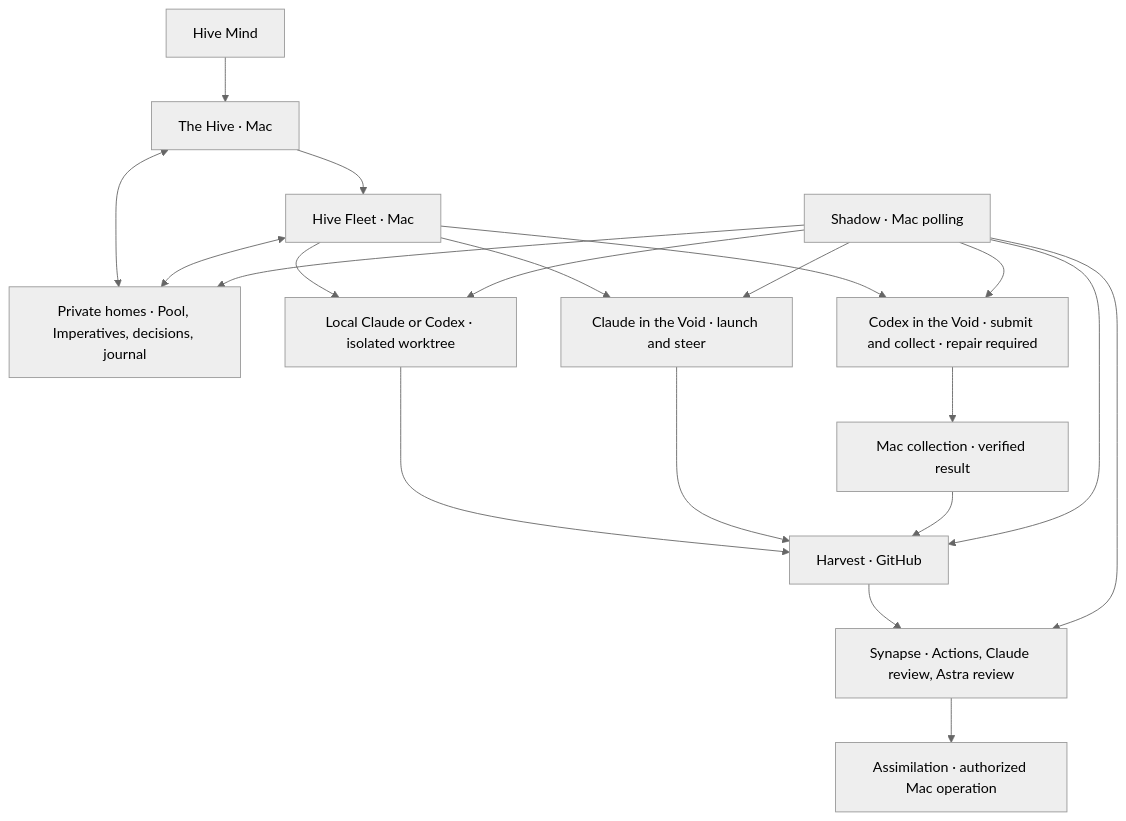
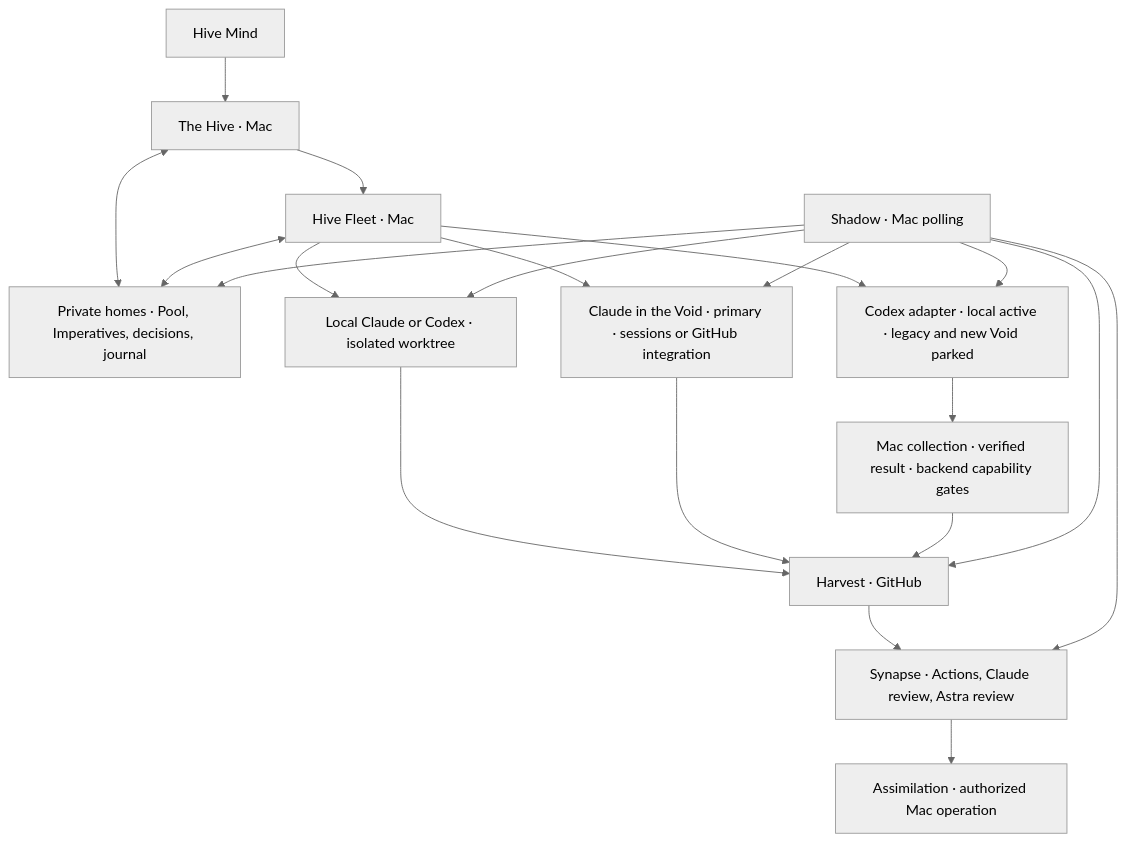
Before and after one commit to kesk-git/hive: the diagram in docs/design.md, drawn with Mermaid (neutral theme). The commit also changed other lines of this file, not shown here.

Commit message:
docs: qualify cloud backends after Codex model probe

````diff
--- a/docs/design.md
+++ b/docs/design.md
@@ -32,22 +34,22 @@
 ```mermaid
 flowchart TD
     Mind[Hive Mind] --> Hive[The Hive · Mac]
     Hive --> Fleet[Hive Fleet · Mac]
     Hive <--> Private[Private homes · Pool, Imperatives, decisions, journal]
     Fleet <--> Private
     Fleet --> Local[Local Claude or Codex · isolated worktree]
-    Fleet --> Claude[Claude in the Void · launch and steer]
-    Fleet --> Codex[Codex in the Void · submit and collect · repair required]
+    Fleet --> Claude[Claude in the Void · primary · sessions or GitHub integration]
+    Fleet --> Codex[Codex adapter · local active · legacy and new Void parked]
     Local --> Harvest[Harvest · GitHub]
     Claude --> Harvest
-    Codex --> Collection[Mac collection · verified result]
+    Codex --> Collection[Mac collection · verified result · backend capability gates]
     Collection --> Harvest
     Harvest --> Synapse[Synapse · Actions, Claude review, Astra review]
     Synapse --> Assimilation[Assimilation · authorized Mac operation]
     Shadow[Shadow · Mac polling] --> Private
     Shadow --> Local
     Shadow --> Claude
     Shadow --> Codex
     Shadow --> Harvest
     Shadow --> Synapse
 ```
````
